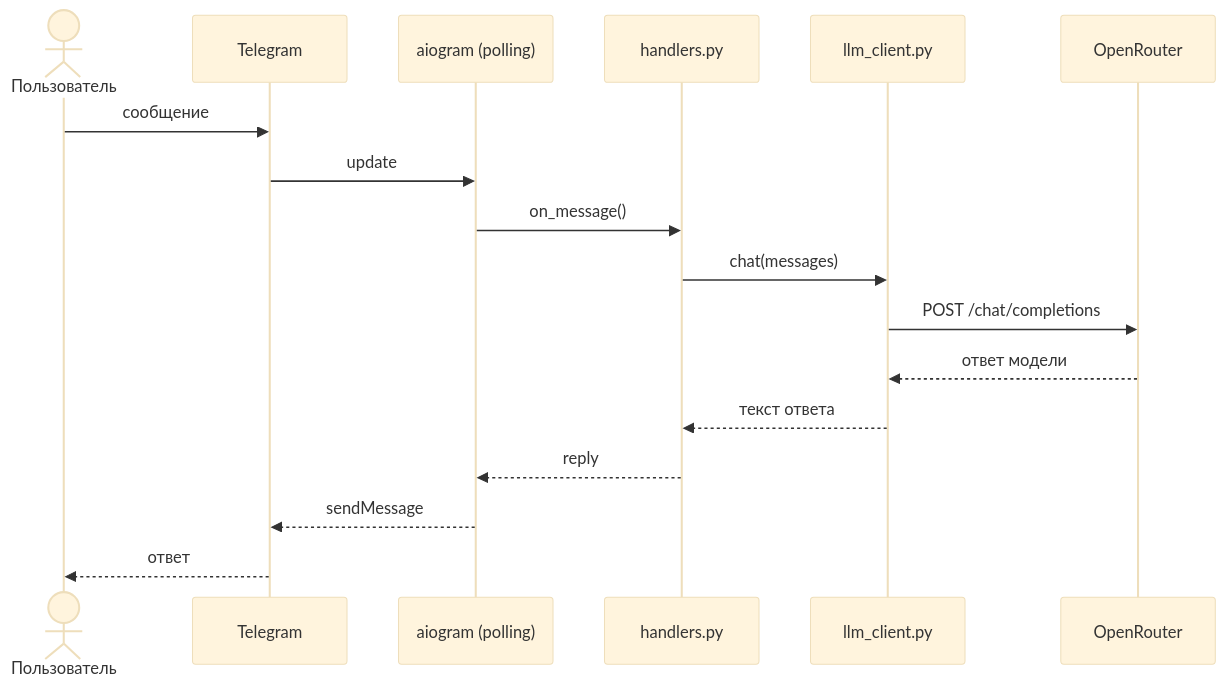
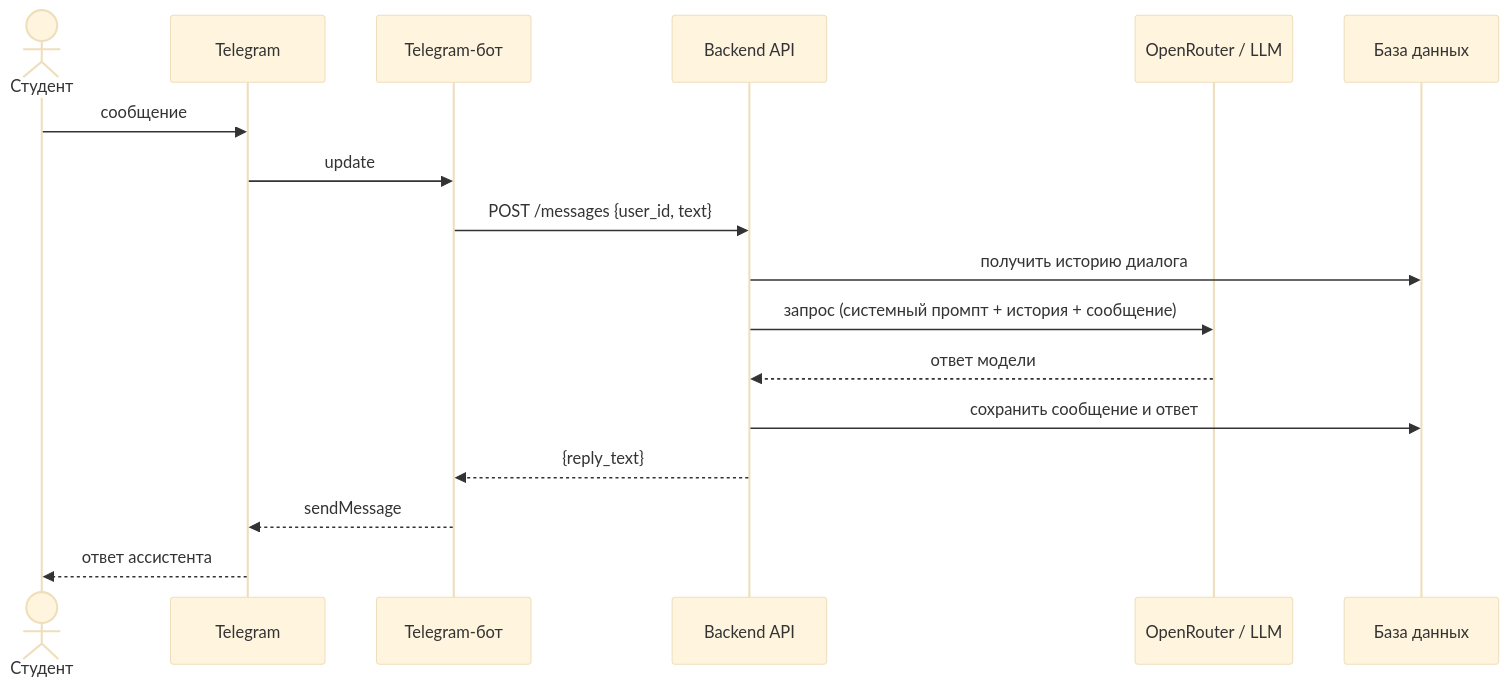
The second of 3 diagrams in docs/vision.md (bondarenkoalexeynicolaevich/llmstart-fullstack-2-bondarenko), drawn with Mermaid (base theme) before and after one commit. The commit also changed other lines of this file and 1 other file, not shown here.

````diff
--- a/docs/vision.md
+++ b/docs/vision.md
@@ -72,20 +81,20 @@
 ```mermaid
 sequenceDiagram
-    actor User as Пользователь
+    actor Student as Студент
     participant TG as Telegram
-    participant Bot as aiogram (polling)
-    participant Handler as handlers.py
-    participant LLM as llm_client.py
-    participant OR as OpenRouter
+    participant Bot as Telegram-бот
+    participant API as Backend API
+    participant LLM as OpenRouter / LLM
+    participant DB as База данных
 
-    User->>TG: сообщение
+    Student->>TG: сообщение
     TG->>Bot: update
-    Bot->>Handler: on_message()
-    Handler->>LLM: chat(messages)
-    LLM->>OR: POST /chat/completions
-    OR-->>LLM: ответ модели
-    LLM-->>Handler: текст ответа
-    Handler-->>Bot: reply
+    Bot->>API: POST /messages {user_id, text}
+    API->>DB: получить историю диалога
+    API->>LLM: запрос (системный промпт + история + сообщение)
+    LLM-->>API: ответ модели
+    API->>DB: сохранить сообщение и ответ
+    API-->>Bot: {reply_text}
     Bot-->>TG: sendMessage
-    TG-->>User: ответ
+    TG-->>Student: ответ ассистента
 ```
````
